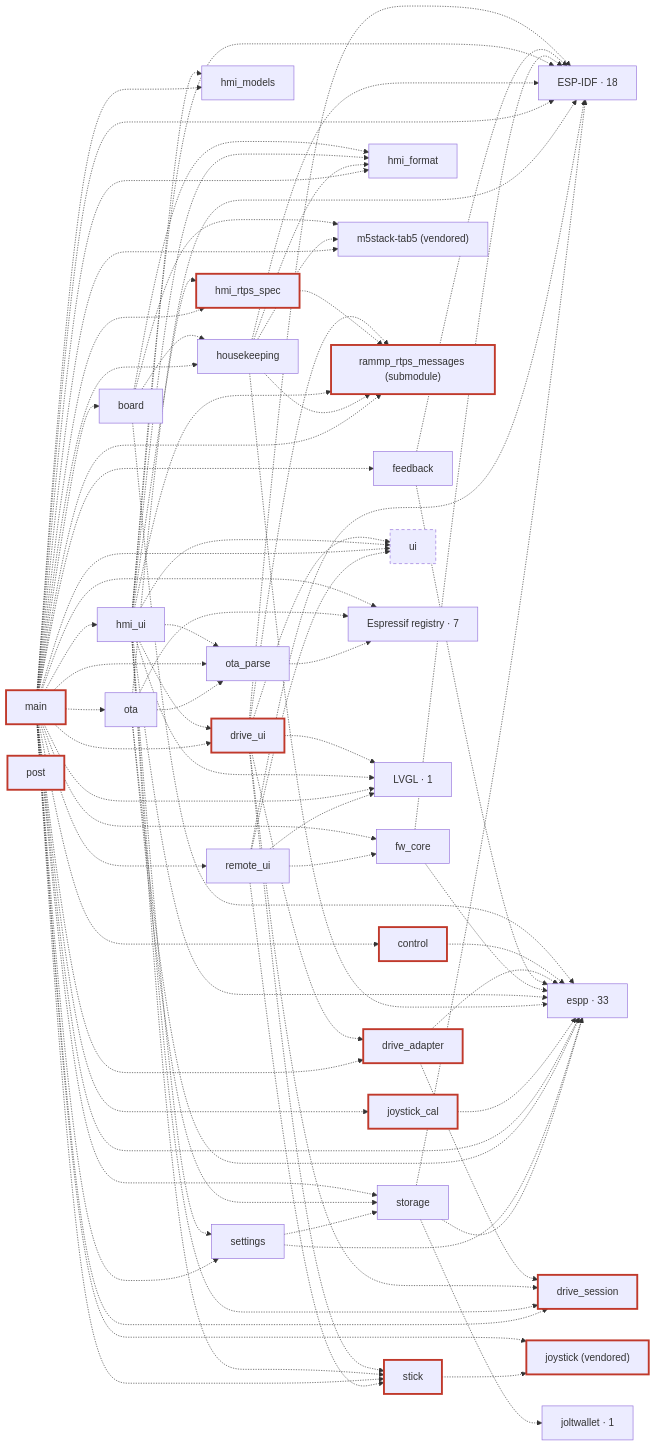
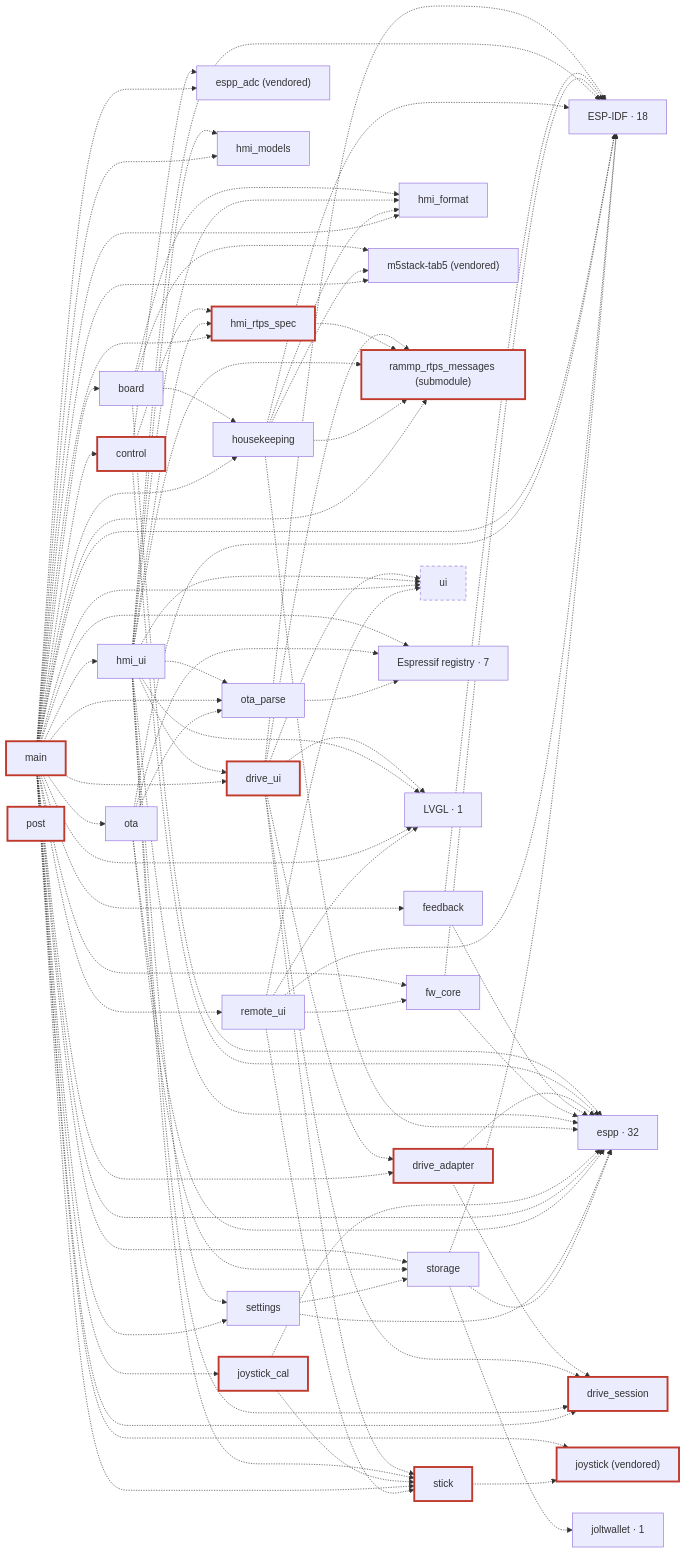
One commit to rammp-org/pace-hmi-fw changed the third of 3 diagrams in docs/architecture.md. Above: the diagram before and after it, drawn with Mermaid. The commit also changed other lines of this file and 19 other files, not shown here.

First line of the commit message:
espp_adc: vendor espp/adc 1.3.2 unchanged as components/espp_adc

```diff
--- a/docs/architecture.md
+++ b/docs/architecture.md
@@ -167,6 +167,7 @@
   c_drive_adapter["drive_adapter"]:::safety
   c_drive_session["drive_session"]:::safety
   c_drive_ui["drive_ui"]:::safety
+  c_espp_adc["espp_adc (vendored)"]
   c_feedback["feedback"]
   c_fw_core["fw_core"]
   c_hmi_format["hmi_format"]
@@ -188,7 +189,7 @@
   c_storage["storage"]
   c_ui["ui"]:::gen
   g_ESP_IDF["ESP-IDF · 18"]
-  g_espp["espp · 33"]
+  g_espp["espp · 32"]
   g_Espressif_registry["Espressif registry · 7"]
   g_joltwallet["joltwallet · 1"]
   g_LVGL["LVGL · 1"]
@@ -196,6 +197,8 @@
   c_board -.-> c_housekeeping
   c_board -.-> c_m5stack_tab5
   c_board -.-> g_espp
+  c_control -.-> c_espp_adc
+  c_control -.-> c_hmi_rtps_spec
   c_control -.-> g_espp
   c_drive_adapter -.-> c_drive_session
   c_drive_adapter -.-> g_espp
@@ -229,12 +232,14 @@
   c_housekeeping -.-> c_rammp_rtps_messages
   c_housekeeping -.-> g_ESP_IDF
   c_housekeeping -.-> g_espp
+  c_joystick_cal -.-> c_stick
   c_joystick_cal -.-> g_espp
   c_main -.-> c_board
   c_main -.-> c_control
   c_main -.-> c_drive_adapter
   c_main -.-> c_drive_session
   c_main -.-> c_drive_ui
+  c_main -.-> c_espp_adc
   c_main -.-> c_feedback
   c_main -.-> c_fw_core
   c_main -.-> c_hmi_format
```
